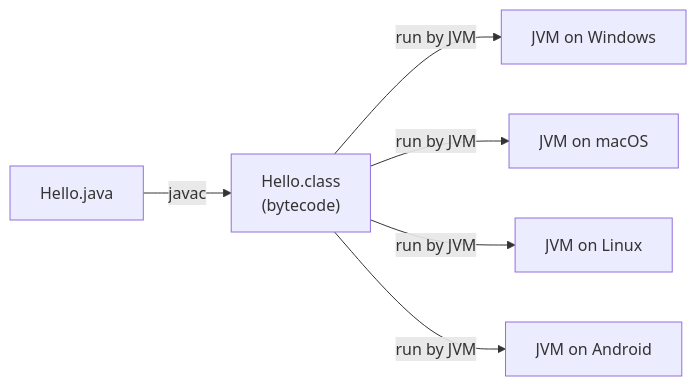
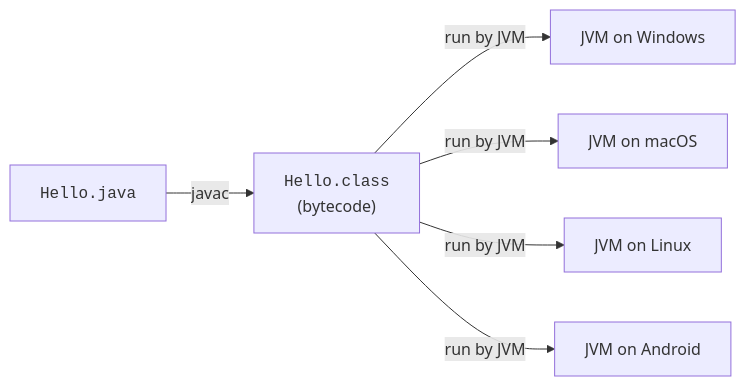
Before and after one commit to dataslope/dataslope: the second of 3 diagrams in content/learn/java-programming-for-beginners/write-once-run-anywhere.mdx, drawn with Mermaid. The commit also changed other lines of this file and 218 other files, not shown here.

First line of the commit message:
Render code-only mermaid shapes in monospace; convert step sequences to Steps (#467)

````diff
--- a/content/learn/java-programming-for-beginners/write-once-run-anywhere.mdx
+++ b/content/learn/java-programming-for-beginners/write-once-run-anywhere.mdx
@@ -49,9 +49,9 @@
 ```mermaid
 flowchart LR
-    Src["Hello.java"]
-    Src -->|javac| BC["Hello.class<br/>(bytecode)"]
+    Src["<code>Hello.java</code>"]
+    Src -->|javac| BC["<code>Hello.class</code><br/>(bytecode)"]
     BC -->|run by JVM| W[JVM on Windows]
     BC -->|run by JVM| M[JVM on macOS]
     BC -->|run by JVM| L[JVM on Linux]
     BC -->|run by JVM| A[JVM on Android]
 ```
````
